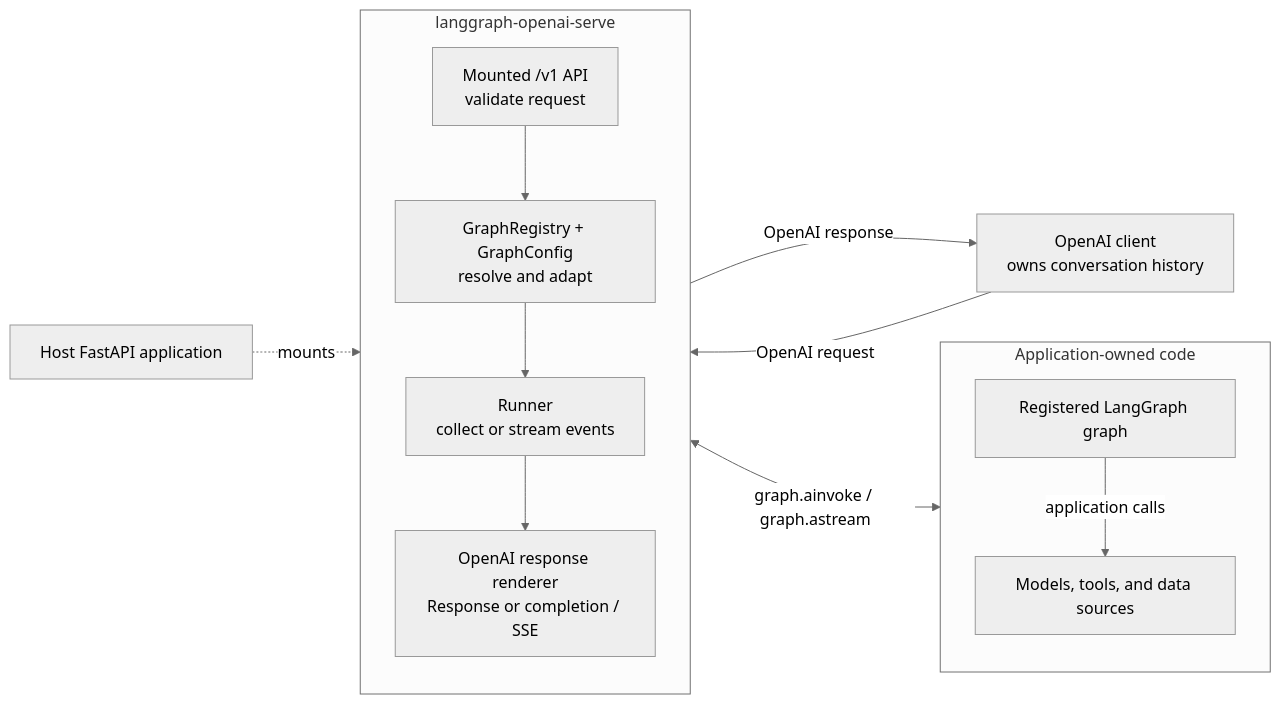
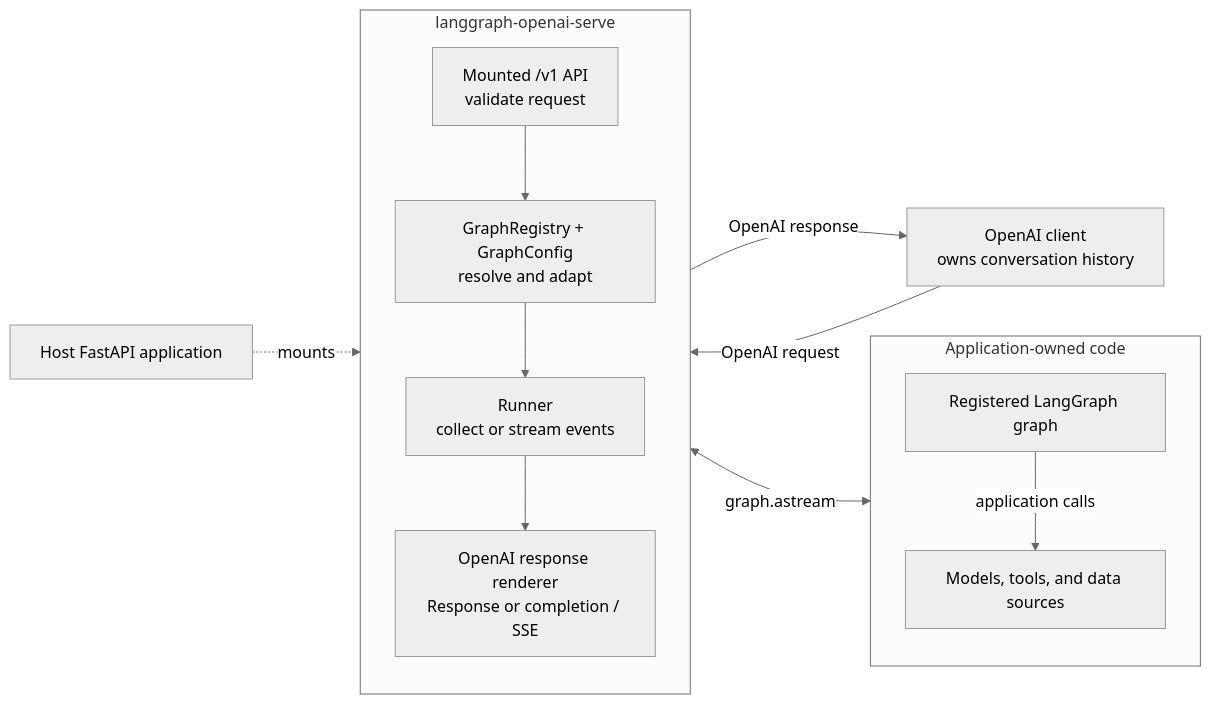
The first of 3 diagrams in docs/explanation/architecture.md (ilkersigirci/langgraph-openai-serve), drawn with Mermaid (neutral theme) before and after one commit. The commit also changed other lines of this file and 85 other files, not shown here.

````diff
--- a/docs/explanation/architecture.md
+++ b/docs/explanation/architecture.md
@@ -9,27 +9,27 @@
 ```mermaid
 flowchart LR
   client["OpenAI client<br/>owns conversation history"]
   host["Host FastAPI application"]
 
   subgraph lgos["langgraph-openai-serve"]
     direction TB
     api["Mounted /v1 API<br/>validate request"]
     config["GraphRegistry + GraphConfig<br/>resolve and adapt"]
     runner["Runner<br/>collect or stream events"]
     render["OpenAI response renderer<br/>Response or completion / SSE"]
 
     api --> config --> runner --> render
   end
 
   subgraph application["Application-owned code"]
     direction TB
     app_graph["Registered LangGraph graph"]
     dependencies["Models, tools, and data sources"]
     app_graph -->|"application calls"| dependencies
   end
 
   client -->|"OpenAI request"| api
   host -.->|"mounts"| api
-  runner <-->|"graph.ainvoke / graph.astream"| app_graph
+  runner <-->|"graph.astream"| app_graph
   render -->|"OpenAI response"| client
 ```
````
